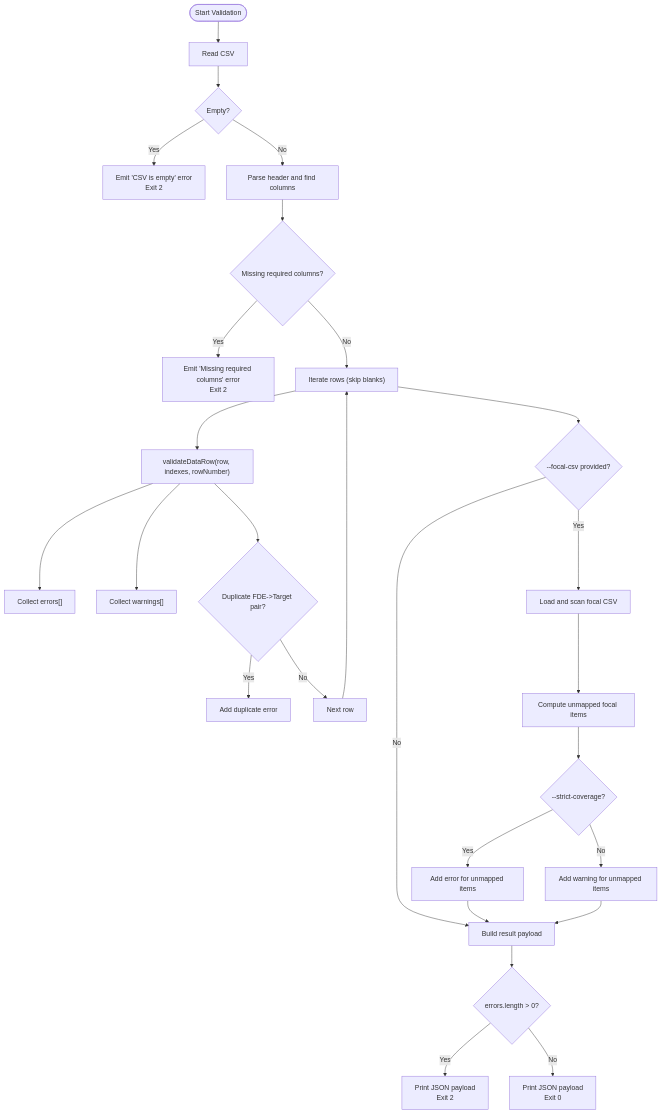
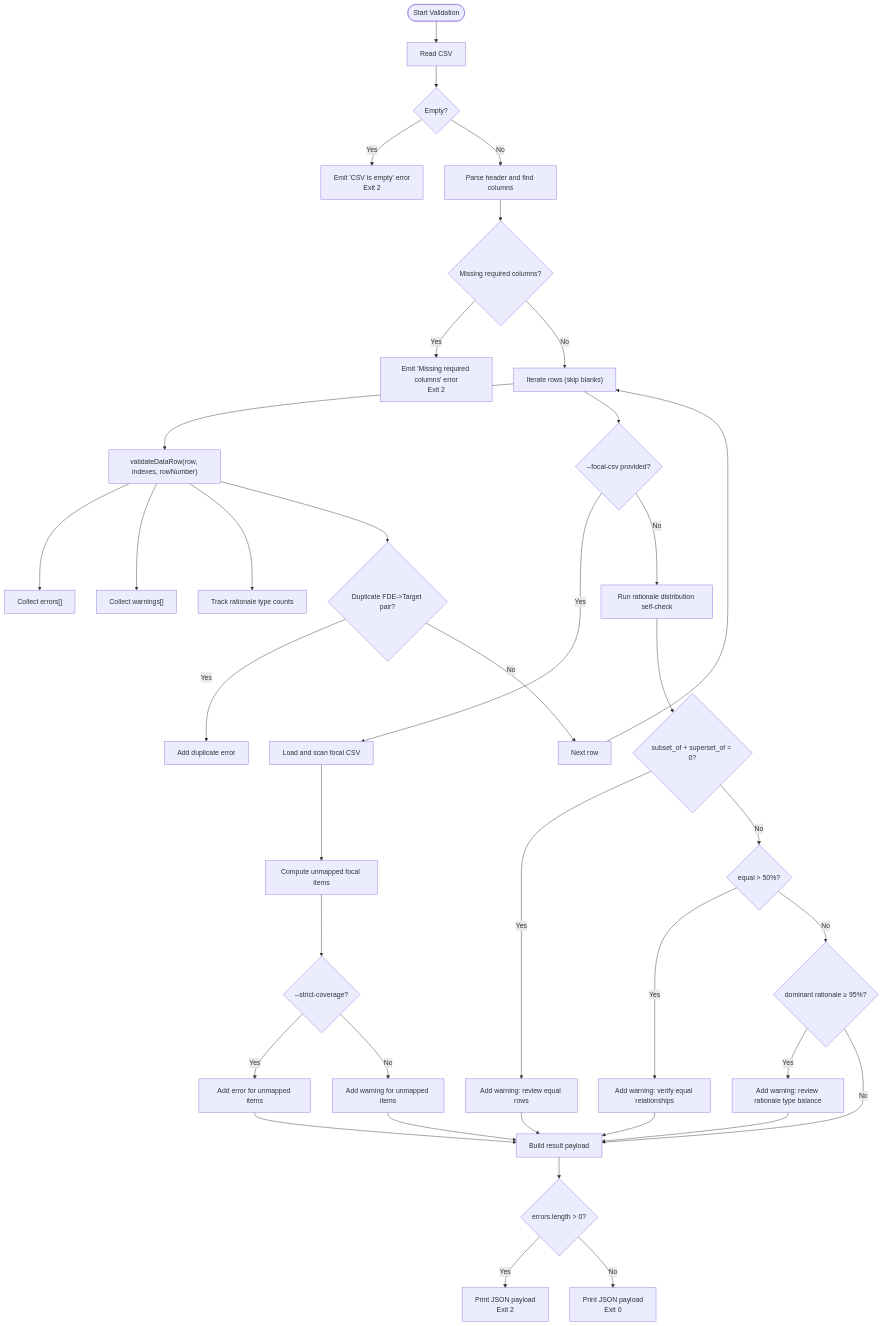
One commit to austinsonger/GRC-Mapping-Analyst changed the third of 8 diagrams in .qoder/repowiki/en/content/Core Processing Engine and Algorithms/Quality Assurance and Error Handling.md. Above: the diagram before and after it, drawn with Mermaid. The commit also changed other lines of this file and 4 other files, not shown here.

````diff
--- a/.qoder/repowiki/en/content/Core Processing Engine and Algorithms/Quality Assurance and Error Handling.md
+++ b/.qoder/repowiki/en/content/Core Processing Engine and Algorithms/Quality Assurance and Error Handling.md
@@ -165,29 +190,40 @@
 ```mermaid
 flowchart TD
 Start(["Start Validation"]) --> Read["Read CSV"]
 Read --> EmptyCheck{"Empty?"}
 EmptyCheck --> |Yes| FailEmpty["Emit 'CSV is empty' error<br/>Exit 2"]
 EmptyCheck --> |No| Header["Parse header and find columns"]
 Header --> MissingCols{"Missing required columns?"}
 MissingCols --> |Yes| FailCols["Emit 'Missing required columns' error<br/>Exit 2"]
 MissingCols --> |No| Iterate["Iterate rows (skip blanks)"]
 Iterate --> ValidateRow["validateDataRow(row, indexes, rowNumber)"]
 ValidateRow --> CollectErr["Collect errors[]"]
 ValidateRow --> CollectWarn["Collect warnings[]"]
+ValidateRow --> TrackRationale["Track rationale type counts"]
 ValidateRow --> DupCheck{"Duplicate FDE->Target pair?"}
 DupCheck --> |Yes| AddDup["Add duplicate error"]
 DupCheck --> |No| NextRow["Next row"]
 NextRow --> Iterate
 Iterate --> FocalCheck{"--focal-csv provided?"}
 FocalCheck --> |Yes| LoadFocal["Load and scan focal CSV"]
 LoadFocal --> Coverage["Compute unmapped focal items"]
 Coverage --> Strict{"--strict-coverage?"}
 Strict --> |Yes| AddErrStrict["Add error for unmapped items"]
 Strict --> |No| AddWarnStrict["Add warning for unmapped items"]
-FocalCheck --> |No| BuildPayload["Build result payload"]
+FocalCheck --> |No| SelfCheck["Run rationale distribution self-check"]
+SelfCheck --> SubsetSuperset{"subset_of + superset_of = 0?"}
+SubsetSuperset --> |Yes| AddSubsetWarn["Add warning: review equal rows"]
+SubsetSuperset --> |No| EqualPct{"equal > 50%?"}
+EqualPct --> |Yes| AddEqualWarn["Add warning: verify equal relationships"]
+EqualPct --> |No| DominantRationale{"dominant rationale ≥ 95%?"}
+DominantRationale --> |Yes| AddDomWarn["Add warning: review rationale type balance"]
+DominantRationale --> |No| BuildPayload["Build result payload"]
 AddErrStrict --> BuildPayload
 AddWarnStrict --> BuildPayload
+AddSubsetWarn --> BuildPayload
+AddEqualWarn --> BuildPayload
+AddDomWarn --> BuildPayload
 BuildPayload --> Status{"errors.length > 0?"}
 Status --> |Yes| ExitFail["Print JSON payload<br/>Exit 2"]
 Status --> |No| ExitPass["Print JSON payload<br/>Exit 0"]
 ```
````
